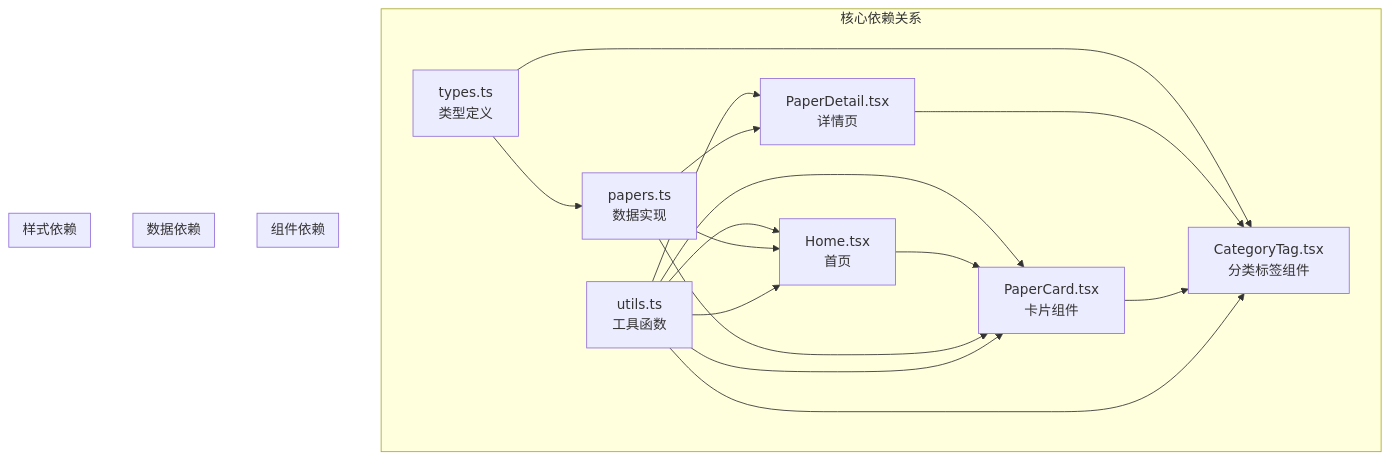
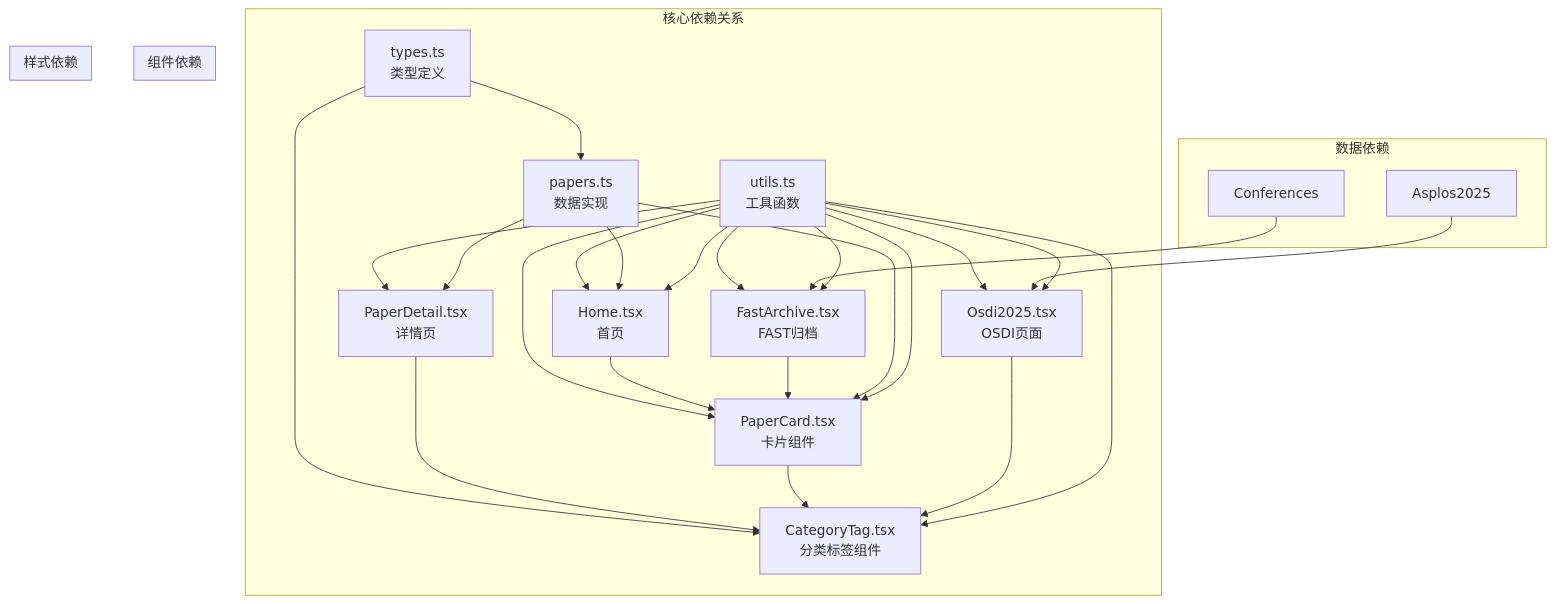
One commit to erikliu123/storage_ai_blog changed the ninth of 9 diagrams in .qoder/repowiki/zh/content/数据模型/论文数据模型.md. Above: the diagram before and after it, drawn with Mermaid. The commit also changed other lines of this file and 94 other files, not shown here.

First line of the commit message:
feat: Add global search, NVMe manual, and fix architecture diagrams

````diff
--- a/.qoder/repowiki/zh/content/数据模型/论文数据模型.md
+++ b/.qoder/repowiki/zh/content/数据模型/论文数据模型.md
@@ -392,25 +523,33 @@
 ```mermaid
 graph TB
 subgraph "核心依赖关系"
 Types[types.ts<br/>类型定义] --> Papers[papers.ts<br/>数据实现]
 Types --> CategoryTag[CategoryTag.tsx<br/>分类标签组件]
 Utils[utils.ts<br/>工具函数] --> Home[Home.tsx<br/>首页]
 Utils --> PaperDetail[PaperDetail.tsx<br/>详情页]
 Utils --> PaperCard[PaperCard.tsx<br/>卡片组件]
+Utils --> FastArchivePage[FastArchive.tsx<br/>FAST归档]
+Utils --> Osdi2025Page[Osdi2025.tsx<br/>OSDI页面]
 end
 subgraph "组件依赖"
 Home --> PaperCard
 PaperDetail --> CategoryTag
 PaperCard --> CategoryTag
+FastArchivePage --> PaperCard
+Osdi2025Page --> CategoryTag
 end
 subgraph "数据依赖"
 Papers --> Home
 Papers --> PaperDetail
 Papers --> PaperCard
+Conferences --> FastArchivePage
+Asplos2025 --> Osdi2025Page
 end
 subgraph "样式依赖"
 Utils --> CategoryTag
 Utils --> PaperCard
 Utils --> Home
+Utils --> FastArchivePage
+Utils --> Osdi2025Page
 end
 ```
````
